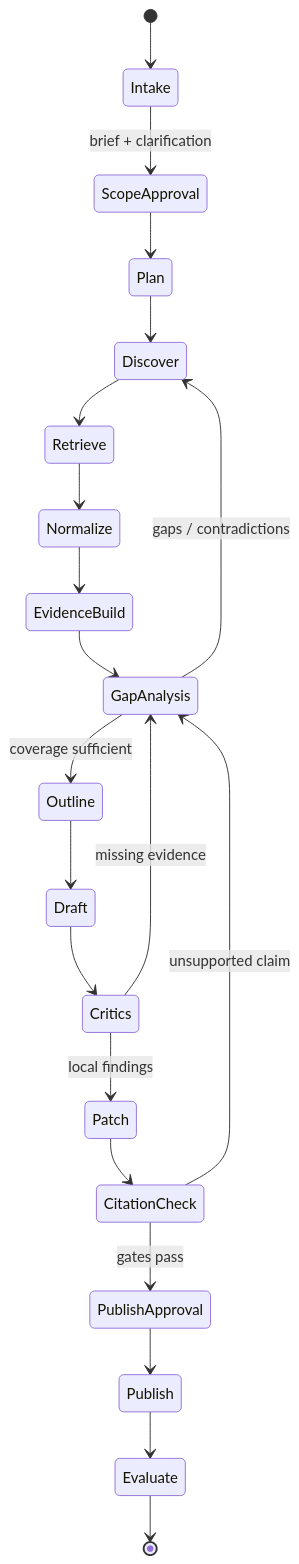
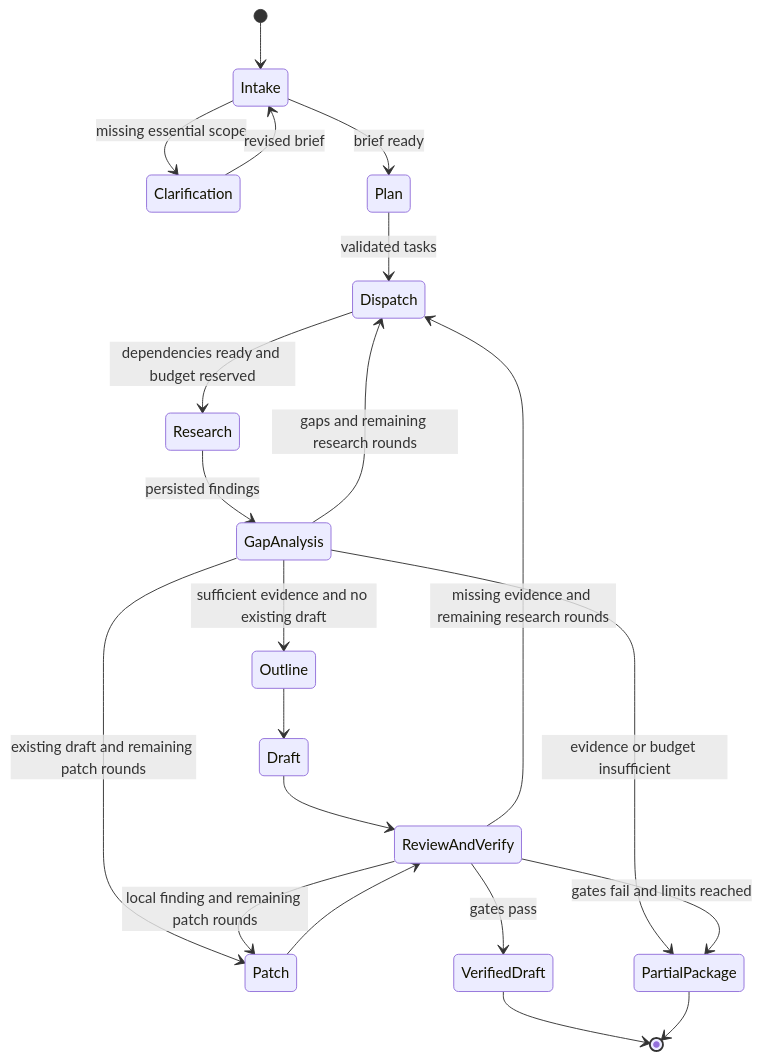
The third of 3 diagrams in docs/deep-research-agent-blueprint.md (Issac-TJC/deep-research-agent), drawn with Mermaid before and after one commit. The commit also changed other lines of this file and 72 other files, not shown here.

````diff
--- a/docs/deep-research-agent-blueprint.md
+++ b/docs/deep-research-agent-blueprint.md
@@ -259,23 +352,23 @@
 ```mermaid
 stateDiagram-v2
   [*] --> Intake
-  Intake --> ScopeApproval: brief + clarification
-  ScopeApproval --> Plan
-  Plan --> Discover
-  Discover --> Retrieve
-  Retrieve --> Normalize
-  Normalize --> EvidenceBuild
-  EvidenceBuild --> GapAnalysis
-  GapAnalysis --> Discover: gaps / contradictions
-  GapAnalysis --> Outline: coverage sufficient
+  Intake --> Clarification: missing essential scope
+  Clarification --> Intake: revised brief
+  Intake --> Plan: brief ready
+  Plan --> Dispatch: validated tasks
+  Dispatch --> Research: dependencies ready and budget reserved
+  Research --> GapAnalysis: persisted findings
+  GapAnalysis --> Dispatch: gaps and remaining research rounds
+  GapAnalysis --> Outline: sufficient evidence and no existing draft
+  GapAnalysis --> Patch: existing draft and remaining patch rounds
+  GapAnalysis --> PartialPackage: evidence or budget insufficient
   Outline --> Draft
-  Draft --> Critics
-  Critics --> GapAnalysis: missing evidence
-  Critics --> Patch: local findings
-  Patch --> CitationCheck
-  CitationCheck --> GapAnalysis: unsupported claim
-  CitationCheck --> PublishApproval: gates pass
-  PublishApproval --> Publish
-  Publish --> Evaluate
-  Evaluate --> [*]
+  Draft --> ReviewAndVerify
+  ReviewAndVerify --> Dispatch: missing evidence and remaining research rounds
+  ReviewAndVerify --> Patch: local finding and remaining patch rounds
+  Patch --> ReviewAndVerify
+  ReviewAndVerify --> VerifiedDraft: gates pass
+  ReviewAndVerify --> PartialPackage: gates fail and limits reached
+  VerifiedDraft --> [*]
+  PartialPackage --> [*]
 ```
````
